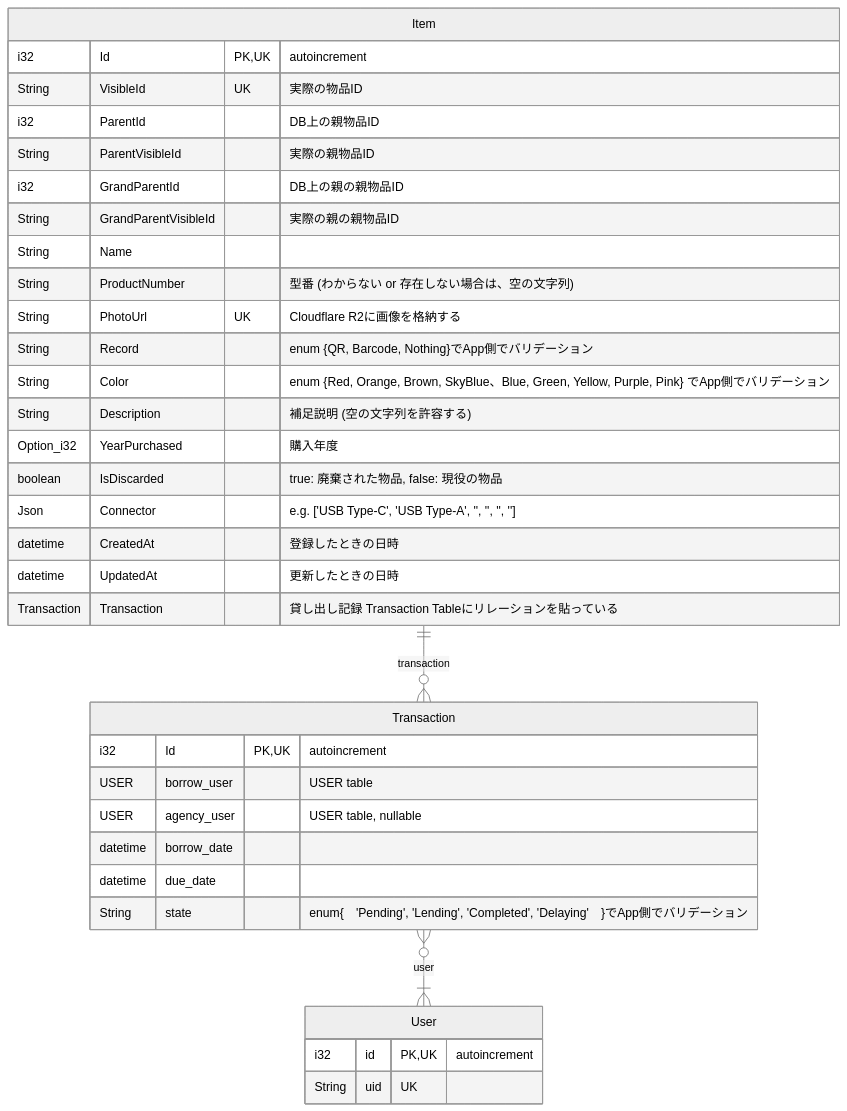
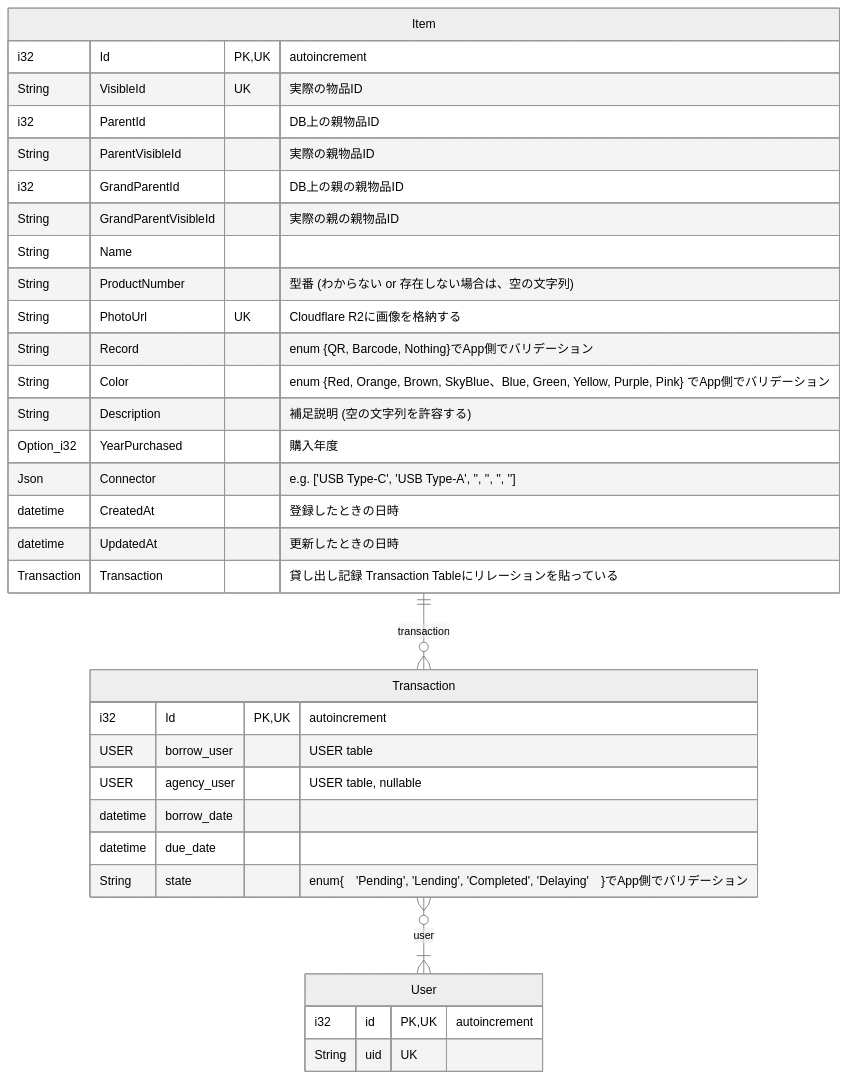
The second of 2 diagrams in README.md (Myxogastria0808/DashiShoyu), drawn with Mermaid (neutral theme) before and after one commit. The commit also changed other lines of this file, not shown here.

````diff
--- a/README.md
+++ b/README.md
@@ -176,39 +209,38 @@
 ```mermaid
 erDiagram
     Item ||--o{ Transaction : transaction
     Transaction }o--|{ User : user
     Item {
         i32 Id PK, UK "autoincrement"
         String VisibleId UK "実際の物品ID"
         i32 ParentId "DB上の親物品ID"
         String ParentVisibleId "実際の親物品ID"
         i32 GrandParentId "DB上の親の親物品ID"
         String GrandParentVisibleId "実際の親の親物品ID"
         String Name
         String ProductNumber "型番 (わからない or 存在しない場合は、空の文字列)"
         String PhotoUrl UK "Cloudflare R2に画像を格納する"
         String Record "enum {QR, Barcode, Nothing}でApp側でバリデーション"
         String Color "enum {Red, Orange, Brown, SkyBlue、Blue, Green, Yellow, Purple, Pink} でApp側でバリデーション"
         String Description　"補足説明 (空の文字列を許容する)"
         Option_i32 YearPurchased "購入年度"
-        boolean IsDiscarded "true: 廃棄された物品, false: 現役の物品"
         Json Connector　"e.g. ['USB Type-C', 'USB Type-A', '', '', '', '']"
         datetime CreatedAt "登録したときの日時"
         datetime UpdatedAt "更新したときの日時"
         Transaction Transaction "貸し出し記録 Transaction Tableにリレーションを貼っている"
     }
 
     Transaction {
         i32 Id PK, UK "autoincrement"
         USER borrow_user "USER table"
         USER agency_user "USER table, nullable"
         datetime borrow_date
         datetime due_date
         String state "enum{　'Pending', 'Lending', 'Completed', 'Delaying'　}でApp側でバリデーション"
     }
 
     User {
         i32 id PK, UK "autoincrement"
         String uid UK
     }
 ```
````
